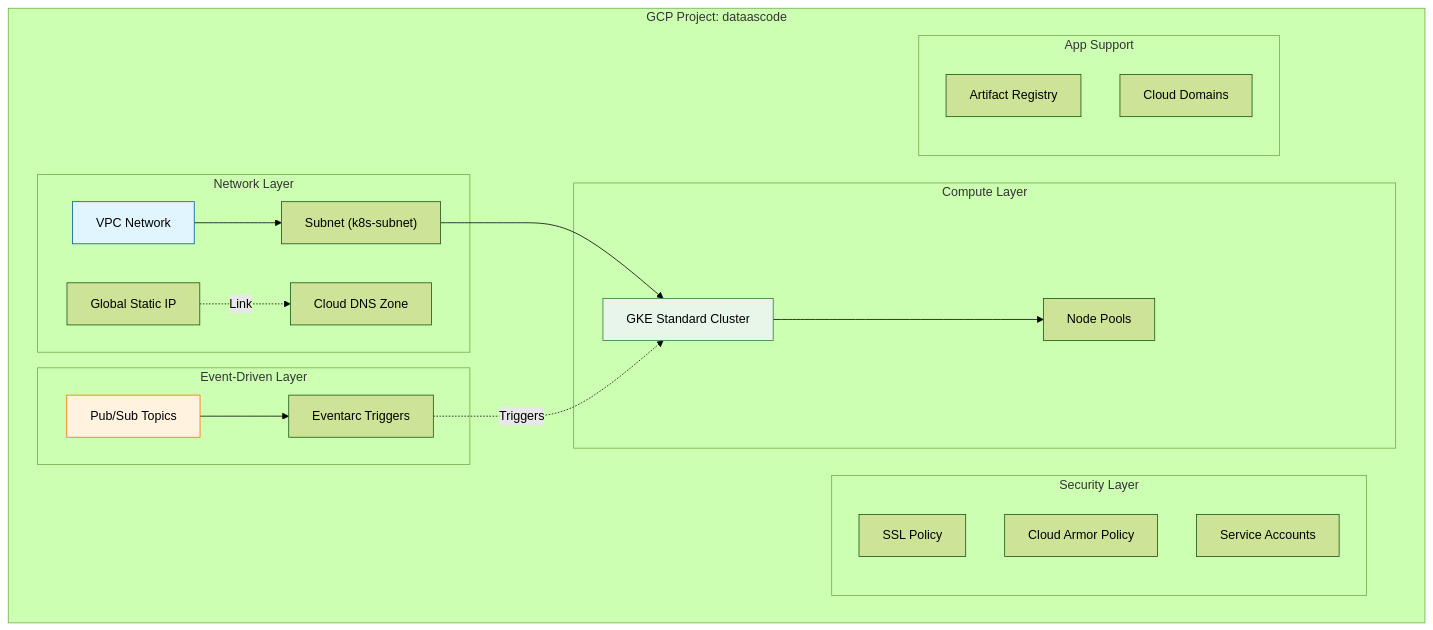
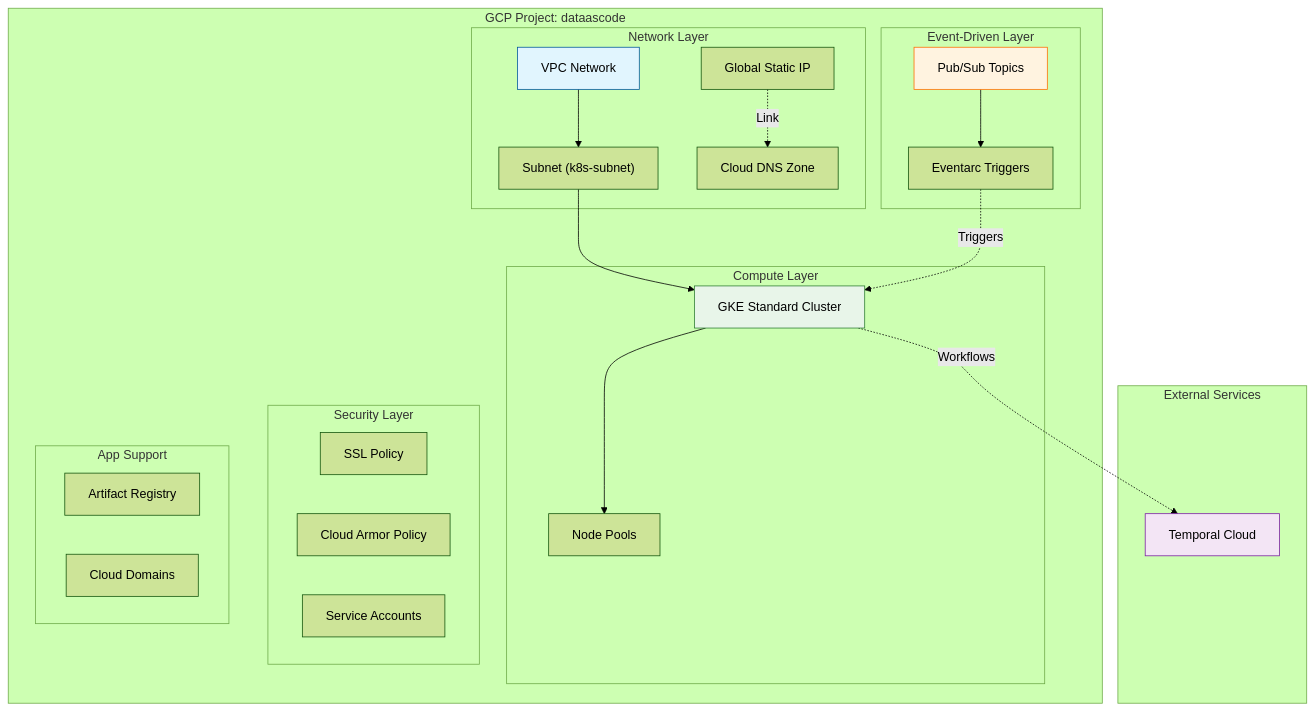
One commit to JonathanNdambaPro/gke-standard-cluster changed the first of 3 diagrams in docs/infrastructure.md. Above: the diagram before and after it, drawn with Mermaid (forest theme). The commit also changed other lines of this file and 13 other files, not shown here.

Commit message:
feat: Introduce Docker Compose for local development and refactor Temporal workflows to use ephemeral workers with  for data handling.

````diff
--- a/docs/infrastructure.md
+++ b/docs/infrastructure.md
@@ -7,45 +7,52 @@
 ```mermaid
 graph TD
     subgraph GCP["GCP Project: dataascode"]
         subgraph NetLayer["Network Layer"]
             VPC["VPC Network"]
             Subnet["Subnet (k8s-subnet)"]
             ExtIP["Global Static IP"]
             CloudDNS["Cloud DNS Zone"]
 
             VPC --> Subnet
             ExtIP -.->|Link| CloudDNS
         end
 
         subgraph ComputeLayer["Compute Layer"]
             GKE["GKE Standard Cluster"]
             NodePools["Node Pools"]
 
             Subnet --> GKE
             GKE --> NodePools
         end
 
         subgraph SecurityLayer["Security Layer"]
             SSL["SSL Policy"]
             Armor["Cloud Armor Policy"]
             IAM["Service Accounts"]
         end
 
         subgraph EventLayer["Event-Driven Layer"]
             PubSub["Pub/Sub Topics"]
             Eventarc["Eventarc Triggers"]
 
             PubSub --> Eventarc
             Eventarc -.->|Triggers| GKE
         end
 
         subgraph AppLayer["App Support"]
             Artifact["Artifact Registry"]
             Domains["Cloud Domains"]
         end
     end
 
+    subgraph External["External Services"]
+        Temporal["Temporal Cloud"]
+    end
+
+    GKE -.->|Workflows| Temporal
+
     style VPC fill:#e1f5fe,stroke:#01579b
     style GKE fill:#e8f5e9,stroke:#2e7d32
     style PubSub fill:#fff3e0,stroke:#ff6f00
+    style Temporal fill:#f3e5f5,stroke:#7b1fa2
 ```
````
